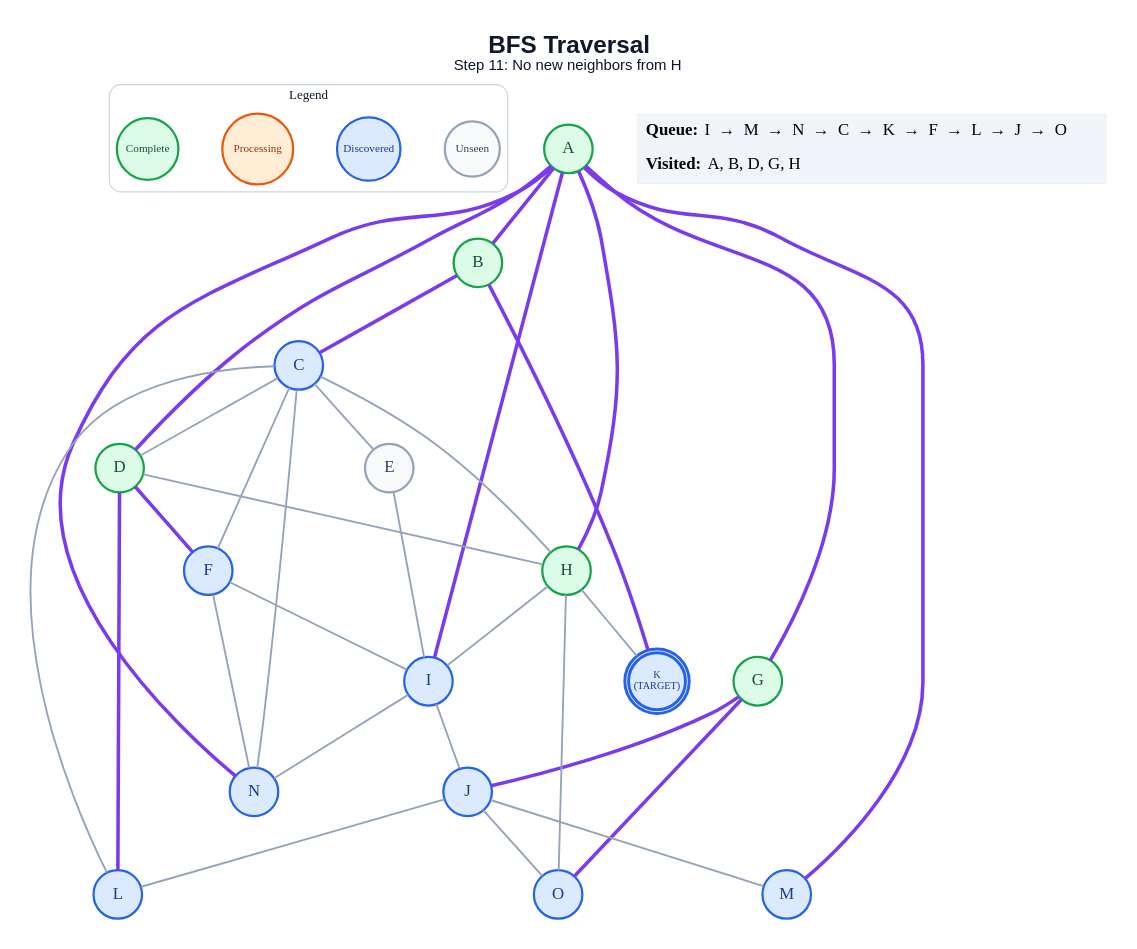
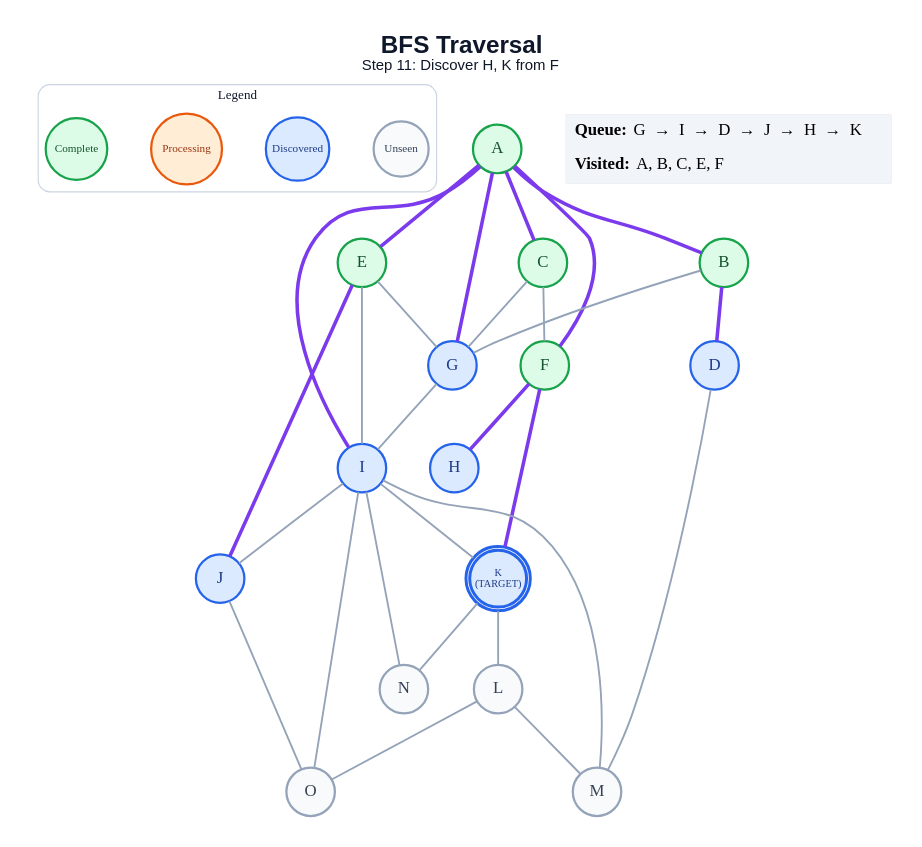
One commit to anon7238593-create/ai-slop changed the diagram in generated/specific-node/bfs/step_11.dot. Above: the diagram before and after it, drawn with Graphviz. The commit also changed 225 other files, not shown here.

```diff
--- a/generated/specific-node/bfs/step_11.dot
+++ b/generated/specific-node/bfs/step_11.dot
@@ -1,65 +1,61 @@
 graph traversal {
   graph [layout=dot, rankdir=TB, bgcolor="#FFFFFF", pad="0.35", nodesep="0.65", ranksep="0.8", fontname="Arial"];
   node [shape=circle, style="filled", fontname="Arial Bold", fontsize=18, width=0.72, fixedsize=true, penwidth=2.4];
   edge [color="#94A3B8", penwidth=2.0];
-  label=<<B>BFS Traversal</B><BR/><FONT POINT-SIZE="16">Step 11: No new neighbors from H</FONT>>; labelloc="t"; fontsize=26; fontname="Arial"; fontcolor="#0F172A";
+  label=<<B>BFS Traversal</B><BR/><FONT POINT-SIZE="16">Step 11: Discover H, K from F</FONT>>; labelloc="t"; fontsize=26; fontname="Arial"; fontcolor="#0F172A";
   subgraph cluster_legend { label="Legend"; color="#CBD5E1"; penwidth=1.2; style="rounded"; fontsize=14; fontname="Arial Bold";
     key_unseen [label="Unseen", fillcolor="#F8FAFC", color="#94A3B8", fontcolor="#334155", fontsize=12, width=0.82];
     key_frontier [label="Discovered", fillcolor="#DBEAFE", color="#2563EB", fontcolor="#1E3A8A", fontsize=12, width=0.95];
     key_current [label="Processing", fillcolor="#FFEDD5", color="#EA580C", fontcolor="#9A3412", fontsize=12, width=1.05];
     key_done [label="Complete", fillcolor="#DCFCE7", color="#16A34A", fontcolor="#14532D", fontsize=12, width=0.92];
     { rank=same; key_unseen; key_frontier; key_current; key_done; }
   }
   A [label="A", fillcolor="#DCFCE7", color="#16A34A", fontcolor="#14532D", peripheries=1, penwidth=2.4];
   B [label="B", fillcolor="#DCFCE7", color="#16A34A", fontcolor="#14532D", peripheries=1, penwidth=2.4];
-  C [label="C", fillcolor="#DBEAFE", color="#2563EB", fontcolor="#1E3A8A", peripheries=1, penwidth=2.4];
-  D [label="D", fillcolor="#DCFCE7", color="#16A34A", fontcolor="#14532D", peripheries=1, penwidth=2.4];
-  E [label="E", fillcolor="#F8FAFC", color="#94A3B8", fontcolor="#334155", peripheries=1, penwidth=2.4];
-  F [label="F", fillcolor="#DBEAFE", color="#2563EB", fontcolor="#1E3A8A", peripheries=1, penwidth=2.4];
-  G [label="G", fillcolor="#DCFCE7", color="#16A34A", fontcolor="#14532D", peripheries=1, penwidth=2.4];
-  H [label="H", fillcolor="#DCFCE7", color="#16A34A", fontcolor="#14532D", peripheries=1, penwidth=2.4];
+  C [label="C", fillcolor="#DCFCE7", color="#16A34A", fontcolor="#14532D", peripheries=1, penwidth=2.4];
+  D [label="D", fillcolor="#DBEAFE", color="#2563EB", fontcolor="#1E3A8A", peripheries=1, penwidth=2.4];
+  E [label="E", fillcolor="#DCFCE7", color="#16A34A", fontcolor="#14532D", peripheries=1, penwidth=2.4];
+  F [label="F", fillcolor="#DCFCE7", color="#16A34A", fontcolor="#14532D", peripheries=1, penwidth=2.4];
+  G [label="G", fillcolor="#DBEAFE", color="#2563EB", fontcolor="#1E3A8A", peripheries=1, penwidth=2.4];
+  H [label="H", fillcolor="#DBEAFE", color="#2563EB", fontcolor="#1E3A8A", peripheries=1, penwidth=2.4];
   I [label="I", fillcolor="#DBEAFE", color="#2563EB", fontcolor="#1E3A8A", peripheries=1, penwidth=2.4];
   J [label="J", fillcolor="#DBEAFE", color="#2563EB", fontcolor="#1E3A8A", peripheries=1, penwidth=2.4];
   K [label="K\n(TARGET)", fillcolor="#DBEAFE", color="#2563EB", fontcolor="#1E3A8A", peripheries=2, penwidth=3.2, fontsize=11, width=0.85, height=0.85];
-  L [label="L", fillcolor="#DBEAFE", color="#2563EB", fontcolor="#1E3A8A", peripheries=1, penwidth=2.4];
-  M [label="M", fillcolor="#DBEAFE", color="#2563EB", fontcolor="#1E3A8A", peripheries=1, penwidth=2.4];
-  N [label="N", fillcolor="#DBEAFE", color="#2563EB", fontcolor="#1E3A8A", peripheries=1, penwidth=2.4];
-  O [label="O", fillcolor="#DBEAFE", color="#2563EB", fontcolor="#1E3A8A", peripheries=1, penwidth=2.4];
+  L [label="L", fillcolor="#F8FAFC", color="#94A3B8", fontcolor="#334155", peripheries=1, penwidth=2.4];
+  M [label="M", fillcolor="#F8FAFC", color="#94A3B8", fontcolor="#334155", peripheries=1, penwidth=2.4];
+  N [label="N", fillcolor="#F8FAFC", color="#94A3B8", fontcolor="#334155", peripheries=1, penwidth=2.4];
+  O [label="O", fillcolor="#F8FAFC", color="#94A3B8", fontcolor="#334155", peripheries=1, penwidth=2.4];
   A -- B [color="#7C3AED", penwidth=3.8];
-  A -- D [color="#7C3AED", penwidth=3.8];
+  A -- C [color="#7C3AED", penwidth=3.8];
+  A -- E [color="#7C3AED", penwidth=3.8];
+  A -- F [color="#7C3AED", penwidth=3.8];
   A -- G [color="#7C3AED", penwidth=3.8];
-  A -- H [color="#7C3AED", penwidth=3.8];
   A -- I [color="#7C3AED", penwidth=3.8];
-  A -- M [color="#7C3AED", penwidth=3.8];
-  A -- N [color="#7C3AED", penwidth=3.8];
-  B -- C [color="#7C3AED", penwidth=3.8];
-  B -- K [color="#7C3AED", penwidth=3.8];
-  C -- D;
-  C -- E;
+  B -- D [color="#7C3AED", penwidth=3.8];
+  B -- G;
   C -- F;
-  C -- H;
-  C -- L;
-  C -- N;
-  D -- F [color="#7C3AED", penwidth=3.8];
-  D -- H;
-  D -- L [color="#7C3AED", penwidth=3.8];
+  C -- G;
+  D -- M;
+  E -- G;
   E -- I;
-  F -- I;
-  F -- N;
-  G -- J [color="#7C3AED", penwidth=3.8];
-  G -- O [color="#7C3AED", penwidth=3.8];
-  H -- I;
-  H -- K;
-  H -- O;
+  E -- J [color="#7C3AED", penwidth=3.8];
+  F -- H [color="#7C3AED", penwidth=3.8];
+  F -- K [color="#7C3AED", penwidth=3.8];
+  G -- I;
   I -- J;
+  I -- K;
+  I -- M;
   I -- N;
-  J -- L;
-  J -- M;
+  I -- O;
   J -- O;
+  K -- L;
+  K -- N;
+  L -- M;
+  L -- O;
   status [shape=plain, fixedsize=false, width=0, height=0, margin=0, label=<
     <TABLE BORDER="0" CELLBORDER="0" CELLPADDING="7" BGCOLOR="#F1F5F9">
-      <TR><TD ALIGN="LEFT"><B>Queue:</B> I  →  M  →  N  →  C  →  K  →  F  →  L  →  J  →  O</TD></TR>
-      <TR><TD ALIGN="LEFT"><B>Visited:</B> A, B, D, G, H</TD></TR>
+      <TR><TD ALIGN="LEFT"><B>Queue:</B> G  →  I  →  D  →  J  →  H  →  K</TD></TR>
+      <TR><TD ALIGN="LEFT"><B>Visited:</B> A, B, C, E, F</TD></TR>
     </TABLE>
   >];
 }
```
